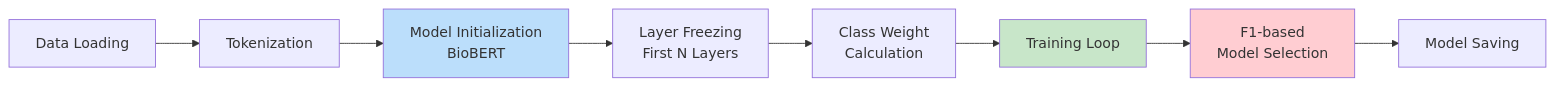
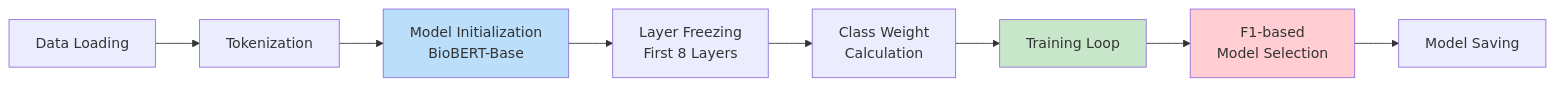
One commit to HUANG-HOMIE/biobert-text-classification changed the second of 2 diagrams in README.md. Above: the diagram before and after it, drawn with Mermaid. The commit also changed other lines of this file and 2 other files, not shown here.

Commit message:
Update to BioBERT-Base config and clean documentation

````diff
--- a/README.md
+++ b/README.md
@@ -61,14 +67,14 @@
 ```mermaid
 flowchart LR
     A[Data Loading] --> B[Tokenization]
-    B --> C[Model Initialization<br/>BioBERT]
-    C --> D[Layer Freezing<br/>First N Layers]
+    B --> C[Model Initialization<br/>BioBERT-Base]
+    C --> D[Layer Freezing<br/>First 8 Layers]
     D --> E[Class Weight<br/>Calculation]
     E --> F[Training Loop]
     F --> G[F1-based<br/>Model Selection]
     G --> H[Model Saving]
     
     style C fill:#bbdefb
     style F fill:#c8e6c9
     style G fill:#ffcdd2
 ```
````
